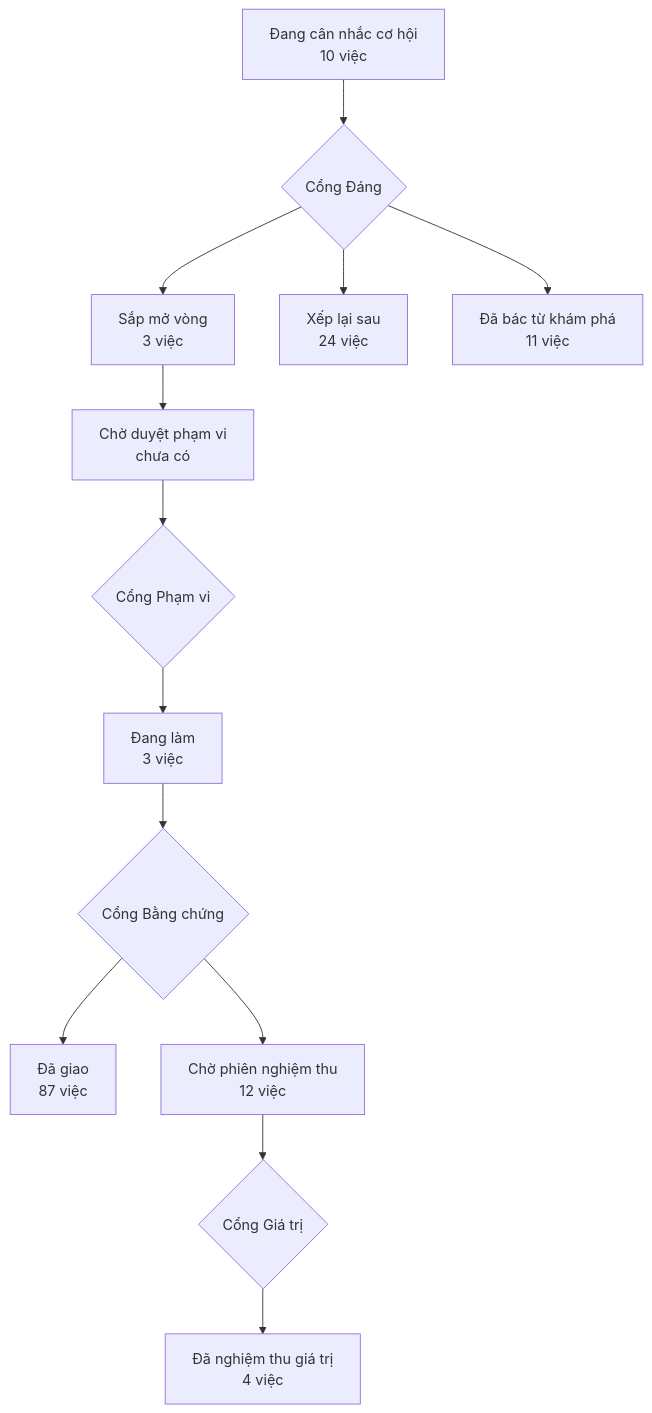
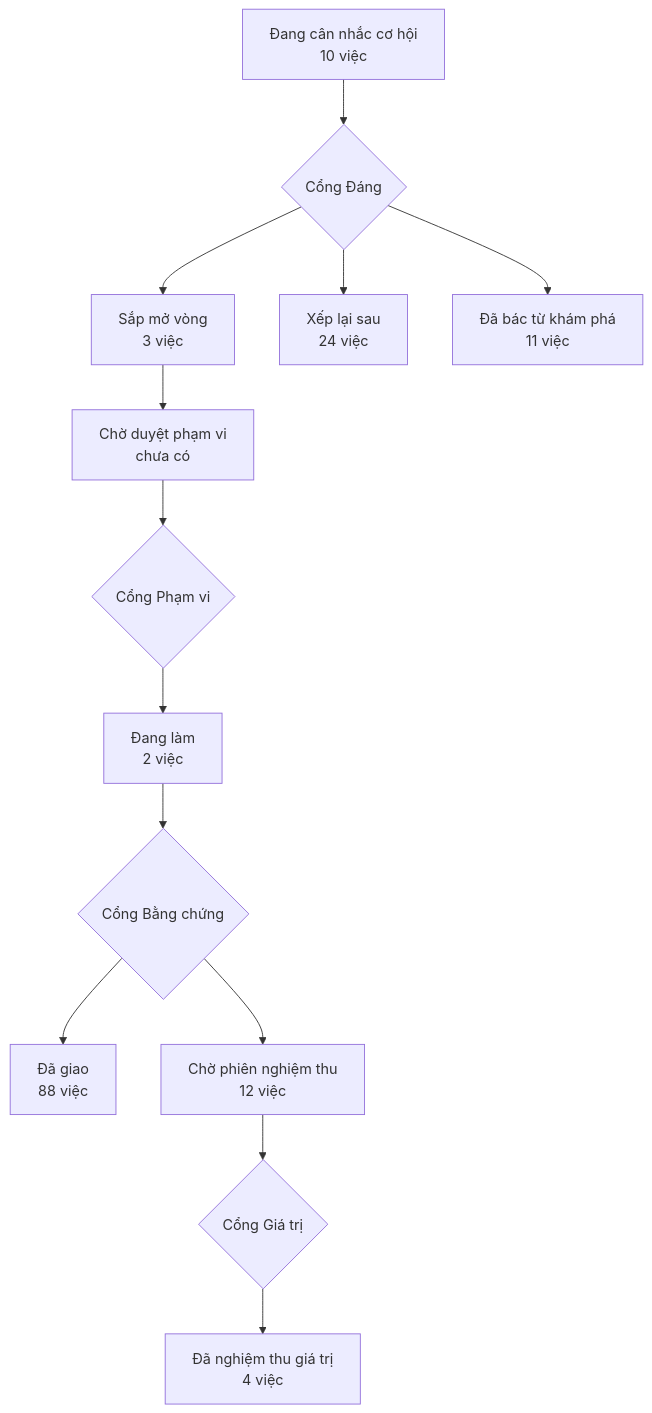
One commit to phanlemanh/acceptance-gate-kit changed the diagram in PRODUCT-MAP.md. Above: the diagram before and after it, drawn with Mermaid. The commit also changed 5 other files, not shown here.

````diff
--- a/PRODUCT-MAP.md
+++ b/PRODUCT-MAP.md
@@ -6,12 +6,12 @@
 ```mermaid
 flowchart TD
   A["Đang cân nhắc cơ hội<br/>10 việc"] --> GD{"Cổng Đáng"}
   GD --> B["Sắp mở vòng<br/>3 việc"]
   GD --> XL["Xếp lại sau<br/>24 việc"]
   GD --> DB["Đã bác từ khám phá<br/>11 việc"]
   B --> CD["Chờ duyệt phạm vi<br/>chưa có"] --> GP{"Cổng Phạm vi"}
-  GP --> DL["Đang làm<br/>3 việc"] --> GB{"Cổng Bằng chứng"}
-  GB --> DG["Đã giao<br/>87 việc"]
+  GP --> DL["Đang làm<br/>2 việc"] --> GB{"Cổng Bằng chứng"}
+  GB --> DG["Đã giao<br/>88 việc"]
   GB --> CN["Chờ phiên nghiệm thu<br/>12 việc"] --> GG{"Cổng Giá trị"}
   GG --> NT["Đã nghiệm thu giá trị<br/>4 việc"]
 ```
````
